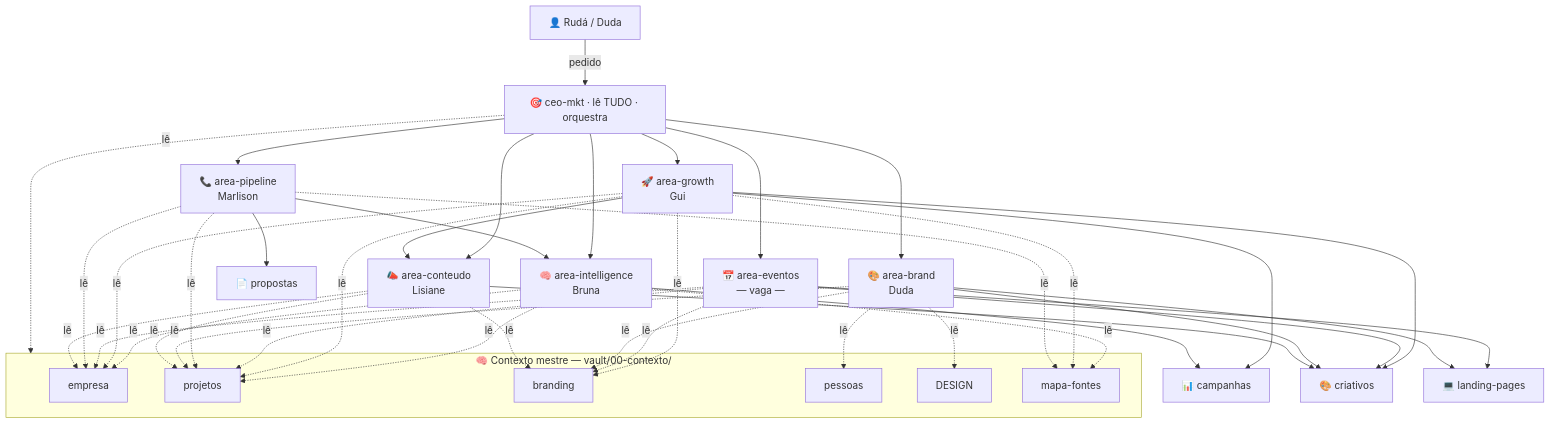
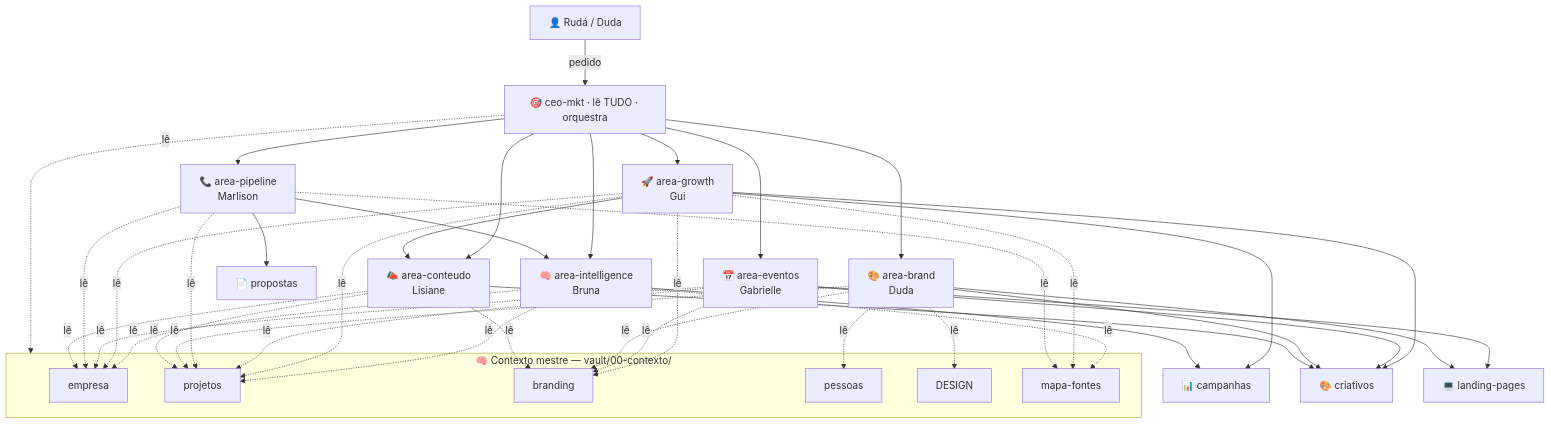
One commit to RudaCosta/epiuse-mkt-office changed the diagram in vault/agentes/_mapa-contexto.md. Above: the diagram before and after it, drawn with Mermaid. The commit also changed other lines of this file and 24 other files, not shown here.

````diff
--- a/vault/agentes/_mapa-contexto.md
+++ b/vault/agentes/_mapa-contexto.md
@@ -7,34 +7,34 @@
 ```mermaid
 graph TD
     H[👤 Rudá / Duda] -->|pedido| CEO
 
     subgraph MESTRE["🧠 Contexto mestre — vault/00-contexto/"]
         EMP[empresa]; PRJ[projetos]; BRD[branding]; PES[pessoas]; DSG[DESIGN]; MAP[mapa-fontes]
     end
 
     CEO[🎯 ceo-mkt · lê TUDO · orquestra]
 
     CEO --> AI[🧠 area-intelligence<br/>Bruna]
     CEO --> AG[🚀 area-growth<br/>Gui]
-    CEO --> AE[📅 area-eventos<br/>— vaga —]
+    CEO --> AE[📅 area-eventos<br/>Gabrielle]
     CEO --> AP[📞 area-pipeline<br/>Marlison]
     CEO --> AB[🎨 area-brand<br/>Duda]
     CEO --> AC[📣 area-conteudo<br/>Lisiane]
 
     AG --> CAM & CRI & AC
     AE --> CRI & LP
     AP --> PRO & AI
     AB --> CRI & LP
     AC --> CRI
     AI --> CAM
 
     CRI[🎨 criativos]; LP[💻 landing-pages]; PRO[📄 propostas]; CAM[📊 campanhas]
 
     CEO -.lê.-> MESTRE
     AI -.lê.-> EMP & PRJ & MAP
     AG -.lê.-> EMP & PRJ & BRD & MAP
     AE -.lê.-> EMP & PRJ & BRD
     AP -.lê.-> EMP & PRJ & MAP
     AB -.lê.-> BRD & PES & DSG & PRJ
     AC -.lê.-> BRD & EMP & PRJ
 ```
````
